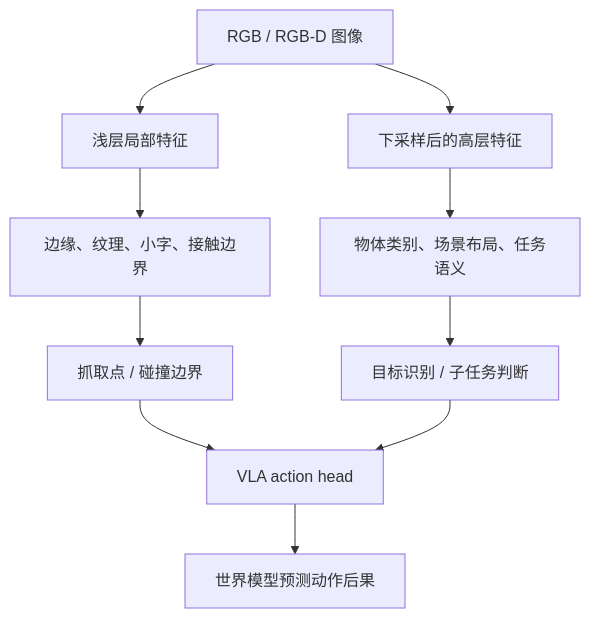
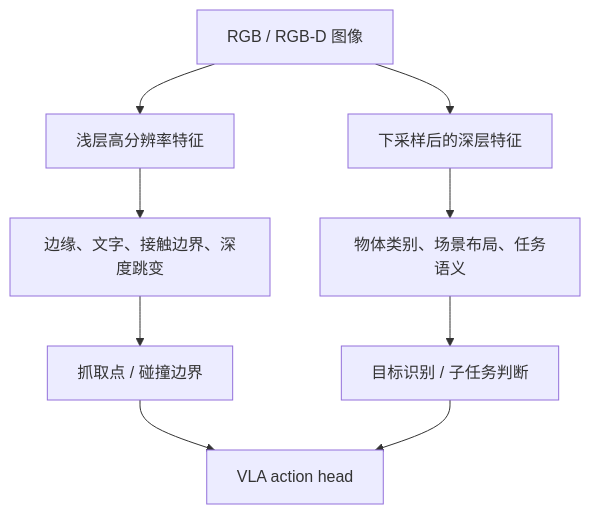
The diagram in files/foundations/convolution-and-feature-extraction.md (Charles2530/Charles-AI-notes), drawn with Mermaid before and after one commit. The commit also changed other lines of this file and 437 other files, not shown here.

````diff
--- a/files/foundations/convolution-and-feature-extraction.md
+++ b/files/foundations/convolution-and-feature-extraction.md
@@ -76,12 +124,11 @@
 ```mermaid
 flowchart TD
-    A["RGB / RGB-D 图像"] --> B["浅层局部特征"]
-    B --> C["边缘、纹理、小字、接触边界"]
-    A --> D["下采样后的高层特征"]
+    A["RGB / RGB-D 图像"] --> B["浅层高分辨率特征"]
+    B --> C["边缘、文字、接触边界、深度跳变"]
+    A --> D["下采样后的深层特征"]
     D --> E["物体类别、场景布局、任务语义"]
     C --> F["抓取点 / 碰撞边界"]
     E --> G["目标识别 / 子任务判断"]
     F --> H["VLA action head"]
     G --> H
-    H --> I["世界模型预测动作后果"]
 ```
````
